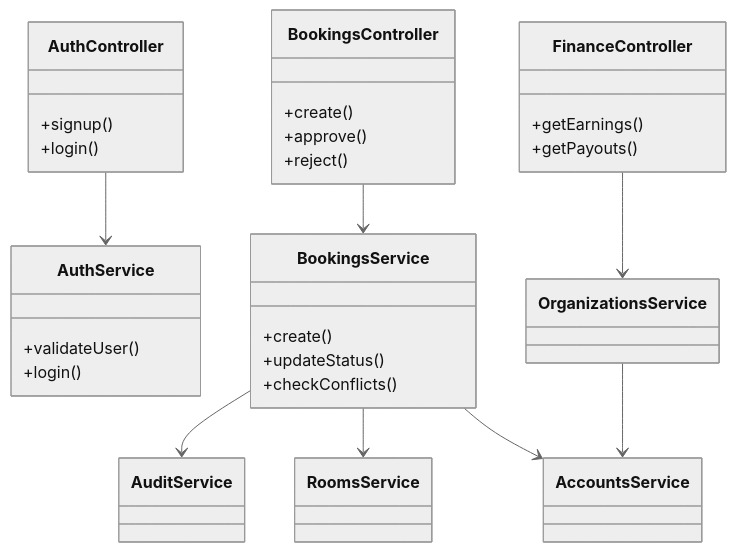
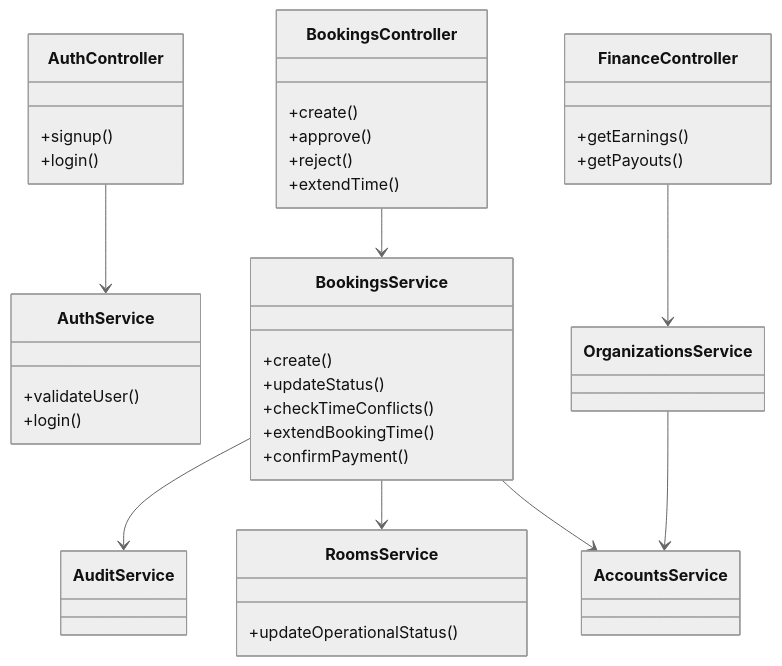
Before and after one commit to ulziimunkh-dev/ub-karaoke: the sixth of 13 diagrams in docs/system_design_architecture.md, drawn with Mermaid (neutral theme). The commit also changed other lines of this file and 30 other files, not shown here.

````diff
--- a/docs/system_design_architecture.md
+++ b/docs/system_design_architecture.md
@@ -485,34 +490,40 @@
 ```mermaid
 classDiagram
     class AuthController {
         +signup()
         +login()
     }
     class AuthService {
         +validateUser()
         +login()
     }
     AuthController --> AuthService
 
     class BookingsController {
         +create()
         +approve()
         +reject()
+        +extendTime()
     }
     class BookingsService {
         +create()
         +updateStatus()
-        +checkConflicts()
+        +checkTimeConflicts()
+        +extendBookingTime()
+        +confirmPayment()
+    }
+    class RoomsService {
+        +updateOperationalStatus()
     }
     BookingsController --> BookingsService
     BookingsService --> AuditService
     BookingsService --> RoomsService
     BookingsService --> AccountsService
 
     class FinanceController {
         +getEarnings()
         +getPayouts()
     }
     FinanceController --> OrganizationsService
     OrganizationsService --> AccountsService
 ```
````
